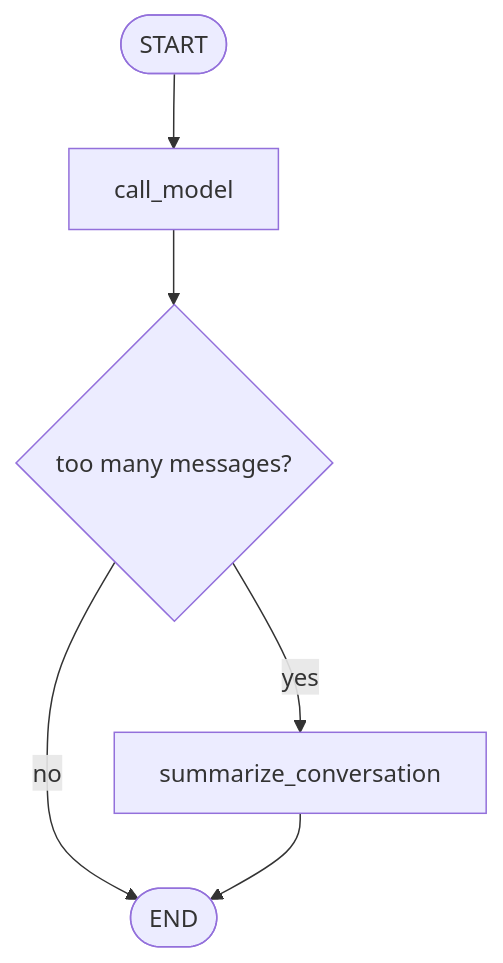
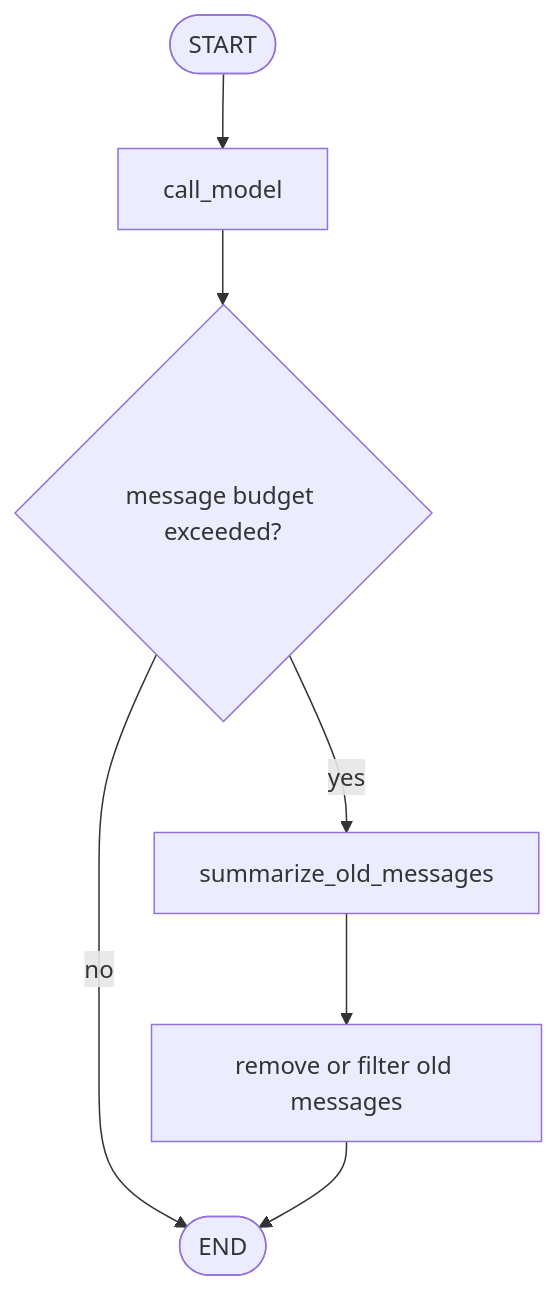
One commit to heecheon92/langgraph-playground changed the first of 2 diagrams in docs/agent-patterns/patterns/06-message-trimming-and-summarization.md. Above: the diagram before and after it, drawn with Mermaid. The commit also changed other lines of this file and 24 other files, not shown here.

````diff
--- a/docs/agent-patterns/patterns/06-message-trimming-and-summarization.md
+++ b/docs/agent-patterns/patterns/06-message-trimming-and-summarization.md
@@ -32,8 +27,9 @@
 ```mermaid
 flowchart TD
     Start([START]) --> Chat[call_model]
-    Chat --> TooLong{too many messages?}
-    TooLong -->|yes| Summarize[summarize_conversation]
-    TooLong -->|no| End([END])
-    Summarize --> End
+    Chat --> Count{message budget exceeded?}
+    Count -->|no| End([END])
+    Count -->|yes| Summarize[summarize_old_messages]
+    Summarize --> Trim[remove or filter old messages]
+    Trim --> End
 ```
````
